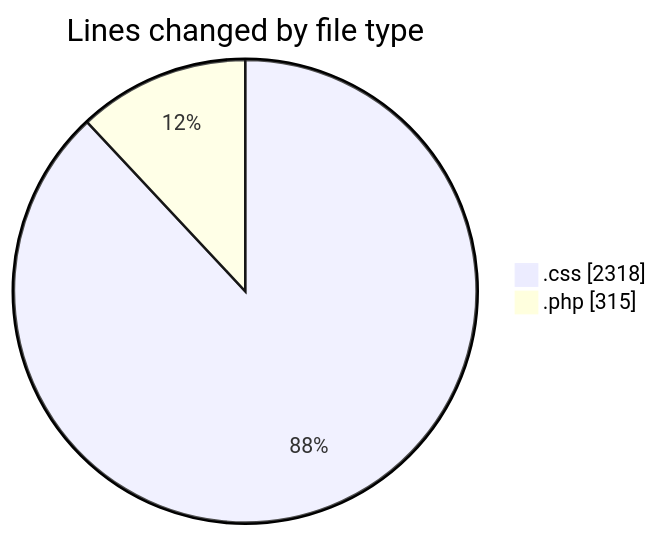
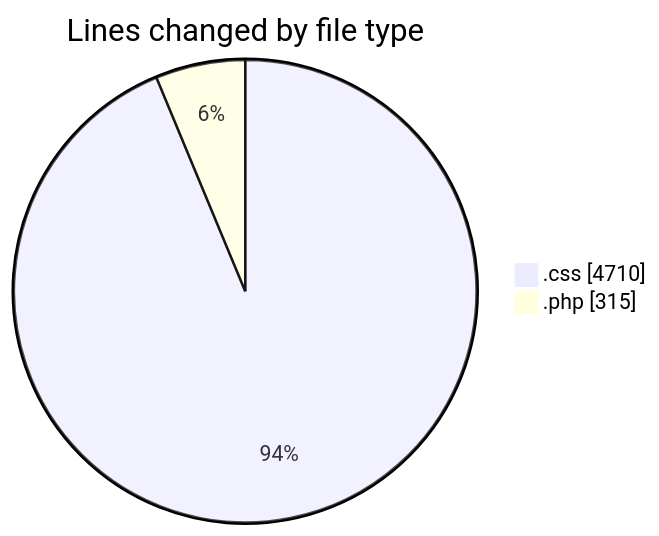
Before and after one commit to debugP/code-tracking: the first of 2 diagrams in 2026-11-05/wp-content/README.md, drawn with Mermaid. The commit also changed other lines of this file and 1 other file, not shown here.

````diff
--- a/2026-11-05/wp-content/README.md
+++ b/2026-11-05/wp-content/README.md
@@ -21,6 +22,6 @@
 ```mermaid
 pie showData
 title Lines changed by file type
-".css" : 2318
+".css" : 4710
 ".php" : 315
 ```
````
